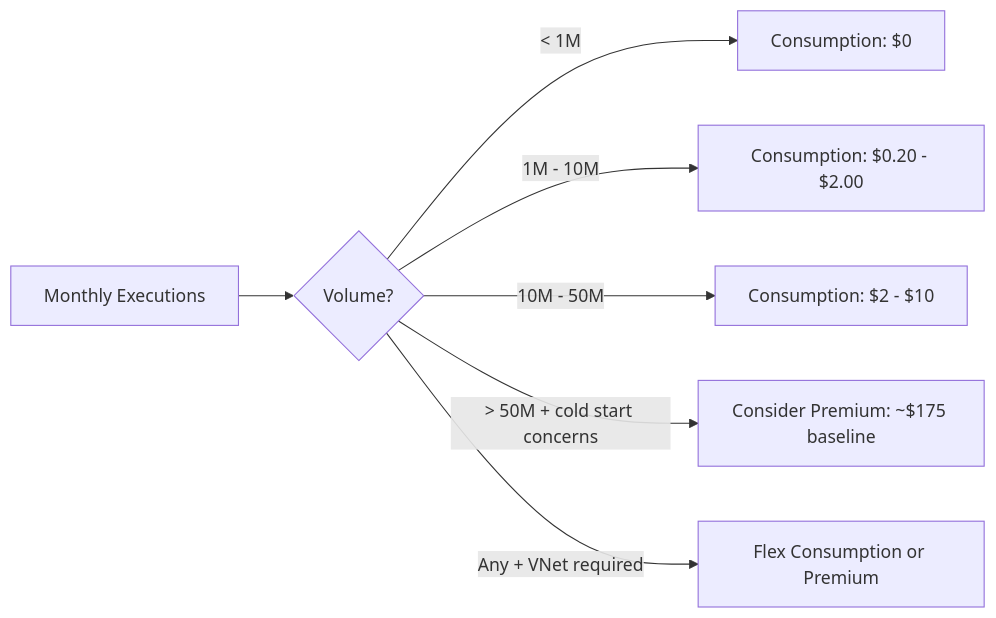
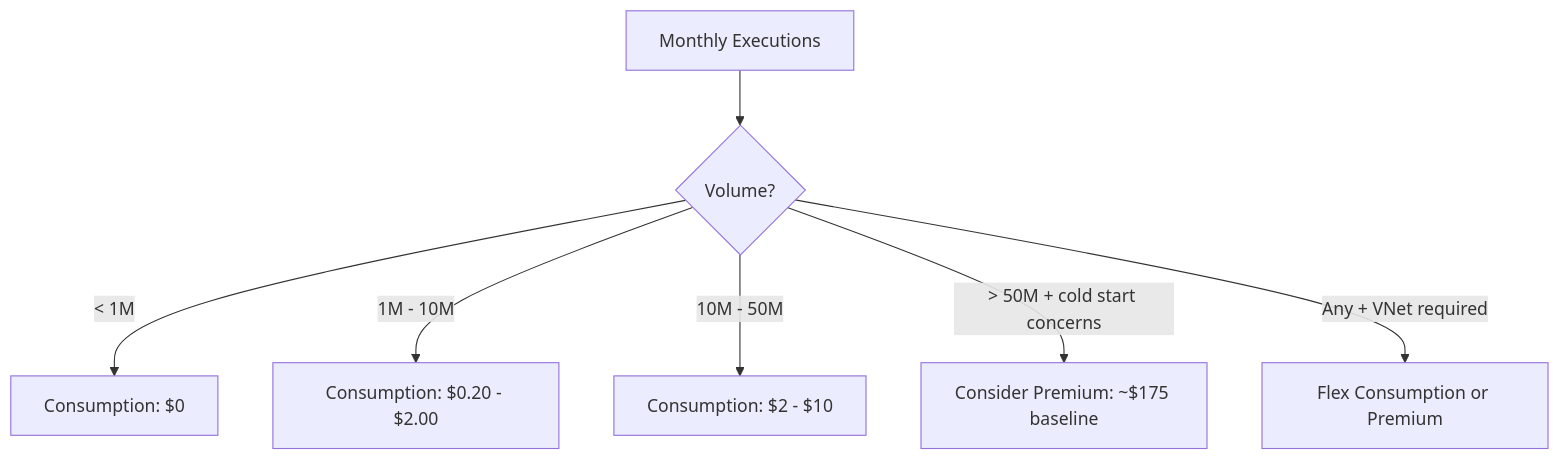
Before and after one commit to yeongseon/azure-functions-practical-guide: the second of 2 diagrams in docs/operations/cost-optimization.md, drawn with Mermaid. The commit also changed 202 other files, not shown here.

First line of the commit message:
docs: convert LR diagrams to TD for readability and add orientation rule

````diff
--- a/docs/operations/cost-optimization.md
+++ b/docs/operations/cost-optimization.md
@@ -145,9 +145,9 @@
 ```mermaid
-graph LR
+graph TD
     A[Monthly Executions] --> B{Volume?}
     B -->|< 1M| C[Consumption: $0]
     B -->|1M - 10M| D[Consumption: $0.20 - $2.00]
     B -->|10M - 50M| E[Consumption: $2 - $10]
     B -->|> 50M + cold start concerns| F[Consider Premium: ~$175 baseline]
     B -->|Any + VNet required| G[Flex Consumption or Premium]
 ```
````
